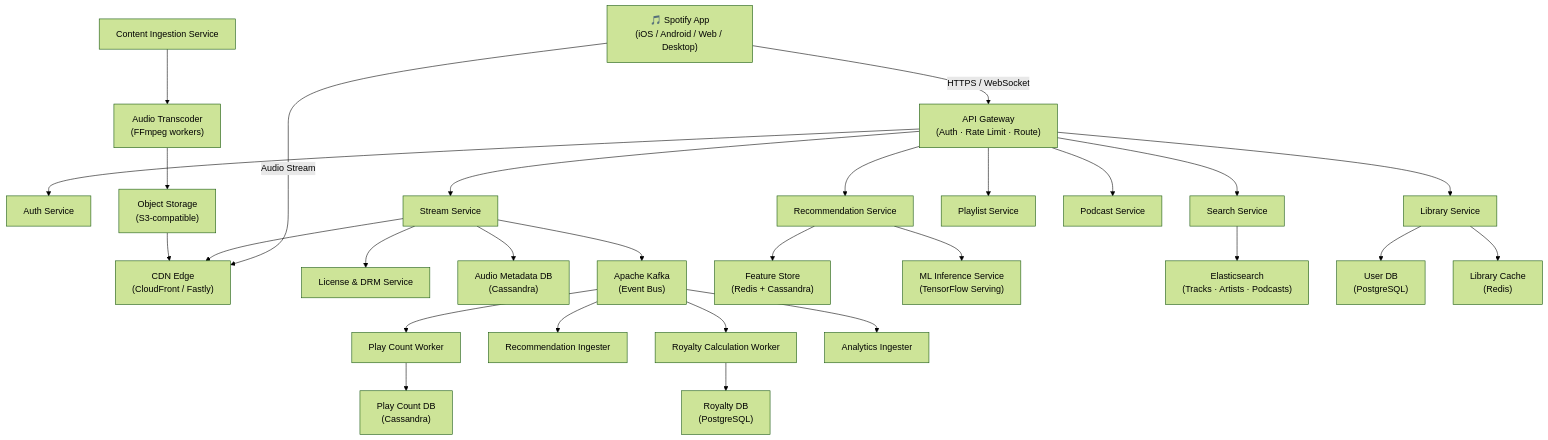
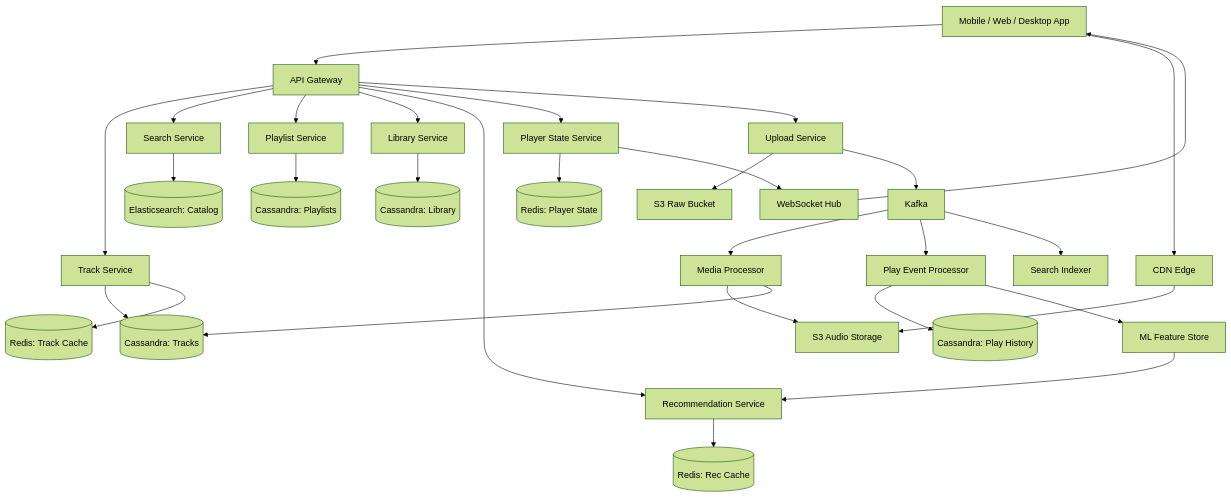
One commit to deepjyoti-dj7/JustDoIT changed the first of 7 diagrams in docs/system-design/hld/real-world-systems/spotify.md. Above: the diagram before and after it, drawn with Mermaid (forest theme). The commit also changed other lines of this file and 8 other files, not shown here.

````diff
--- a/docs/system-design/hld/real-world-systems/spotify.md
+++ b/docs/system-design/hld/real-world-systems/spotify.md
@@ -110,39 +353,41 @@
 ```mermaid
-graph TB
-    Client["🎵 Spotify App\n(iOS / Android / Web / Desktop)"] -->|HTTPS / WebSocket| AG["API Gateway\n(Auth · Rate Limit · Route)"]
-    Client -->|Audio Stream| CDN["CDN Edge\n(CloudFront / Fastly)"]
+flowchart TD
+    Client["Mobile / Web / Desktop App"] --> AG["API Gateway"]
+    Client --> CDN["CDN Edge"]
+    CDN --> S3["S3 Audio Storage"]
 
-    AG --> AuthSvc["Auth Service"]
-    AG --> StreamSvc["Stream Service"]
-    AG --> SearchSvc["Search Service"]
-    AG --> LibrarySvc["Library Service"]
-    AG --> RecoSvc["Recommendation Service"]
-    AG --> PlaylistSvc["Playlist Service"]
-    AG --> PodcastSvc["Podcast Service"]
+    AG --> TS["Track Service"]
+    AG --> SrchS["Search Service"]
+    AG --> PlS["Playlist Service"]
+    AG --> LibS["Library Service"]
+    AG --> RecS["Recommendation Service"]
+    AG --> PS["Player State Service"]
 
-    StreamSvc --> LicenseChk["License & DRM Service"]
-    StreamSvc --> AudioMeta["Audio Metadata DB\n(Cassandra)"]
-    StreamSvc --> CDN
+    TS --> CassTrk[("Cassandra: Tracks")]
+    TS --> RedisMeta[("Redis: Track Cache")]
+    SrchS --> ES[("Elasticsearch: Catalog")]
 
-    Kafka["Apache Kafka\n(Event Bus)"] --> PlayCountWorker["Play Count Worker"]
-    Kafka --> RecoWorker["Recommendation Ingester"]
-    Kafka --> RoyaltyWorker["Royalty Calculation Worker"]
-    Kafka --> AnalyticsWorker["Analytics Ingester"]
+    PlS --> CassPl[("Cassandra: Playlists")]
+    LibS --> CassLib[("Cassandra: Library")]
 
-    StreamSvc --> Kafka
+    PS --> RedisPS[("Redis: Player State")]
+    PS --> WS["WebSocket Hub"]
+    WS --> Client
 
-    RecoSvc --> FeatureStore["Feature Store\n(Redis + Cassandra)"]
-    RecoSvc --> MLModel["ML Inference Service\n(TensorFlow Serving)"]
+    AG --> UplS["Upload Service"]
+    UplS --> S3raw["S3 Raw Bucket"]
+    UplS --> K["Kafka"]
 
-    SearchSvc --> ES["Elasticsearch\n(Tracks · Artists · Podcasts)"]
+    K --> MP["Media Processor"]
+    K --> PEP["Play Event Processor"]
+    K --> SI["Search Indexer"]
 
-    LibrarySvc --> UserDB["User DB\n(PostgreSQL)"]
-    LibrarySvc --> LibraryCache["Library Cache\n(Redis)"]
+    MP --> S3
+    MP --> CassTrk
 
-    PlayCountWorker --> PlayCountDB["Play Count DB\n(Cassandra)"]
-    RoyaltyWorker --> RoyaltyDB["Royalty DB\n(PostgreSQL)"]
+    PEP --> CassHist[("Cassandra: Play History")]
+    PEP --> ML["ML Feature Store"]
 
-    IngestSvc["Content Ingestion Service"] --> Transcoder["Audio Transcoder\n(FFmpeg workers)"]
-    Transcoder --> ObjStore["Object Storage\n(S3-compatible)"]
-    ObjStore --> CDN
+    RecS --> RDS[("Redis: Rec Cache")]
+    ML --> RecS
 ```
````
